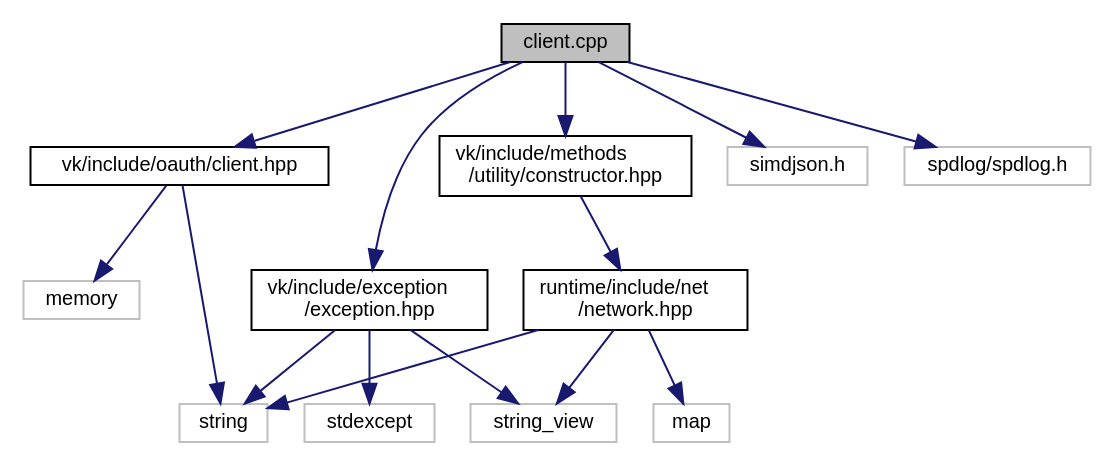
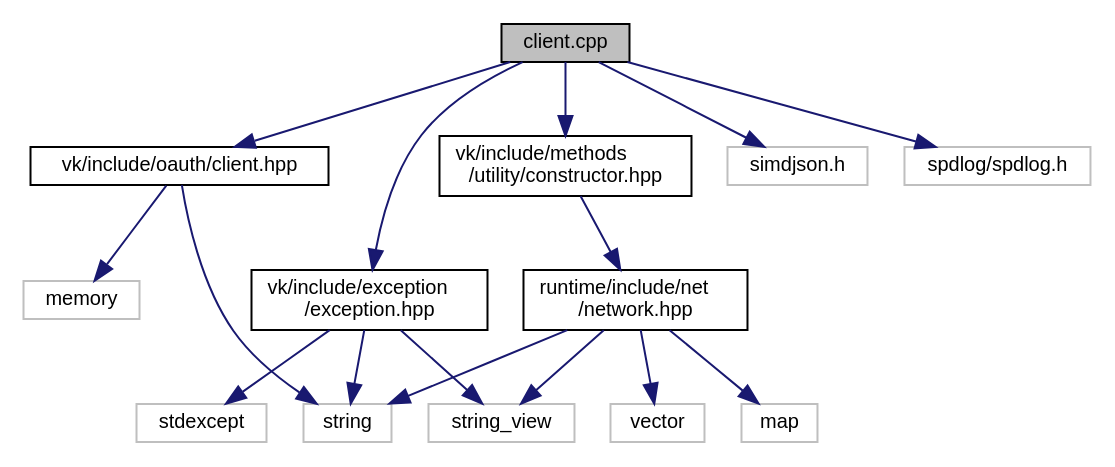
Before and after one commit to edgjj/cpp_vk_lib: the diagram in docs/client_8cpp__incl.dot, drawn with Graphviz. The commit also changed 63 other files, not shown here.

```diff
--- a/docs/client_8cpp__incl.dot
+++ b/docs/client_8cpp__incl.dot
@@ -1,32 +1,34 @@
 digraph "client.cpp"
 {
  // LATEX_PDF_SIZE
   edge [fontname="Helvetica",fontsize="10",labelfontname="Helvetica",labelfontsize="10"];
   node [fontname="Helvetica",fontsize="10",shape=record];
   Node1 [label="client.cpp",height=0.2,width=0.4,color="black", fillcolor="grey75", style="filled", fontcolor="black",tooltip=" "];
   Node1 -> Node2 [color="midnightblue",fontsize="10",style="solid",fontname="Helvetica"];
   Node2 [label="vk/include/oauth/client.hpp",height=0.2,width=0.4,color="black", fillcolor="white", style="filled",URL="$client_8hpp.html",tooltip=" "];
   Node2 -> Node3 [color="midnightblue",fontsize="10",style="solid",fontname="Helvetica"];
   Node3 [label="memory",height=0.2,width=0.4,color="grey75", fillcolor="white", style="filled",tooltip=" "];
   Node2 -> Node4 [color="midnightblue",fontsize="10",style="solid",fontname="Helvetica"];
   Node4 [label="string",height=0.2,width=0.4,color="grey75", fillcolor="white", style="filled",tooltip=" "];
   Node1 -> Node5 [color="midnightblue",fontsize="10",style="solid",fontname="Helvetica"];
   Node5 [label="vk/include/exception\l/exception.hpp",height=0.2,width=0.4,color="black", fillcolor="white", style="filled",URL="$exception_8hpp.html",tooltip=" "];
   Node5 -> Node6 [color="midnightblue",fontsize="10",style="solid",fontname="Helvetica"];
   Node6 [label="stdexcept",height=0.2,width=0.4,color="grey75", fillcolor="white", style="filled",tooltip=" "];
   Node5 -> Node4 [color="midnightblue",fontsize="10",style="solid",fontname="Helvetica"];
   Node5 -> Node7 [color="midnightblue",fontsize="10",style="solid",fontname="Helvetica"];
   Node7 [label="string_view",height=0.2,width=0.4,color="grey75", fillcolor="white", style="filled",tooltip=" "];
   Node1 -> Node8 [color="midnightblue",fontsize="10",style="solid",fontname="Helvetica"];
   Node8 [label="vk/include/methods\l/utility/constructor.hpp",height=0.2,width=0.4,color="black", fillcolor="white", style="filled",URL="$constructor_8hpp.html",tooltip=" "];
   Node8 -> Node9 [color="midnightblue",fontsize="10",style="solid",fontname="Helvetica"];
   Node9 [label="runtime/include/net\l/network.hpp",height=0.2,width=0.4,color="black", fillcolor="white", style="filled",URL="$network_8hpp.html",tooltip=" "];
   Node9 -> Node10 [color="midnightblue",fontsize="10",style="solid",fontname="Helvetica"];
   Node10 [label="map",height=0.2,width=0.4,color="grey75", fillcolor="white", style="filled",tooltip=" "];
   Node9 -> Node4 [color="midnightblue",fontsize="10",style="solid",fontname="Helvetica"];
   Node9 -> Node7 [color="midnightblue",fontsize="10",style="solid",fontname="Helvetica"];
-  Node1 -> Node11 [color="midnightblue",fontsize="10",style="solid",fontname="Helvetica"];
-  Node11 [label="simdjson.h",height=0.2,width=0.4,color="grey75", fillcolor="white", style="filled",tooltip=" "];
+  Node9 -> Node11 [color="midnightblue",fontsize="10",style="solid",fontname="Helvetica"];
+  Node11 [label="vector",height=0.2,width=0.4,color="grey75", fillcolor="white", style="filled",tooltip=" "];
   Node1 -> Node12 [color="midnightblue",fontsize="10",style="solid",fontname="Helvetica"];
-  Node12 [label="spdlog/spdlog.h",height=0.2,width=0.4,color="grey75", fillcolor="white", style="filled",tooltip=" "];
+  Node12 [label="simdjson.h",height=0.2,width=0.4,color="grey75", fillcolor="white", style="filled",tooltip=" "];
+  Node1 -> Node13 [color="midnightblue",fontsize="10",style="solid",fontname="Helvetica"];
+  Node13 [label="spdlog/spdlog.h",height=0.2,width=0.4,color="grey75", fillcolor="white", style="filled",tooltip=" "];
 }
```
